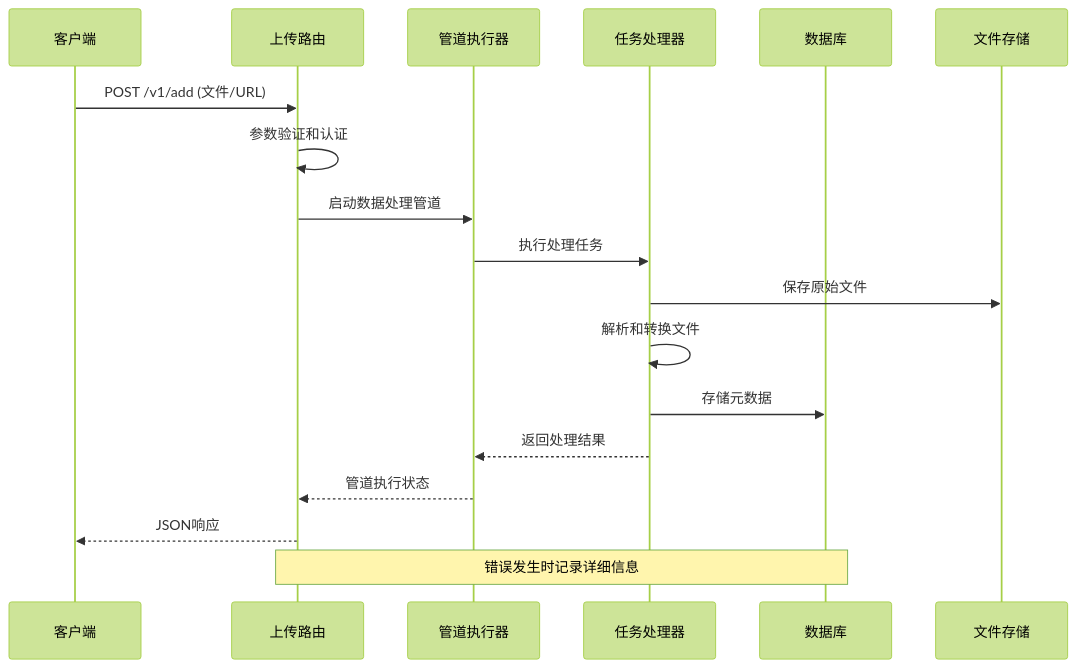
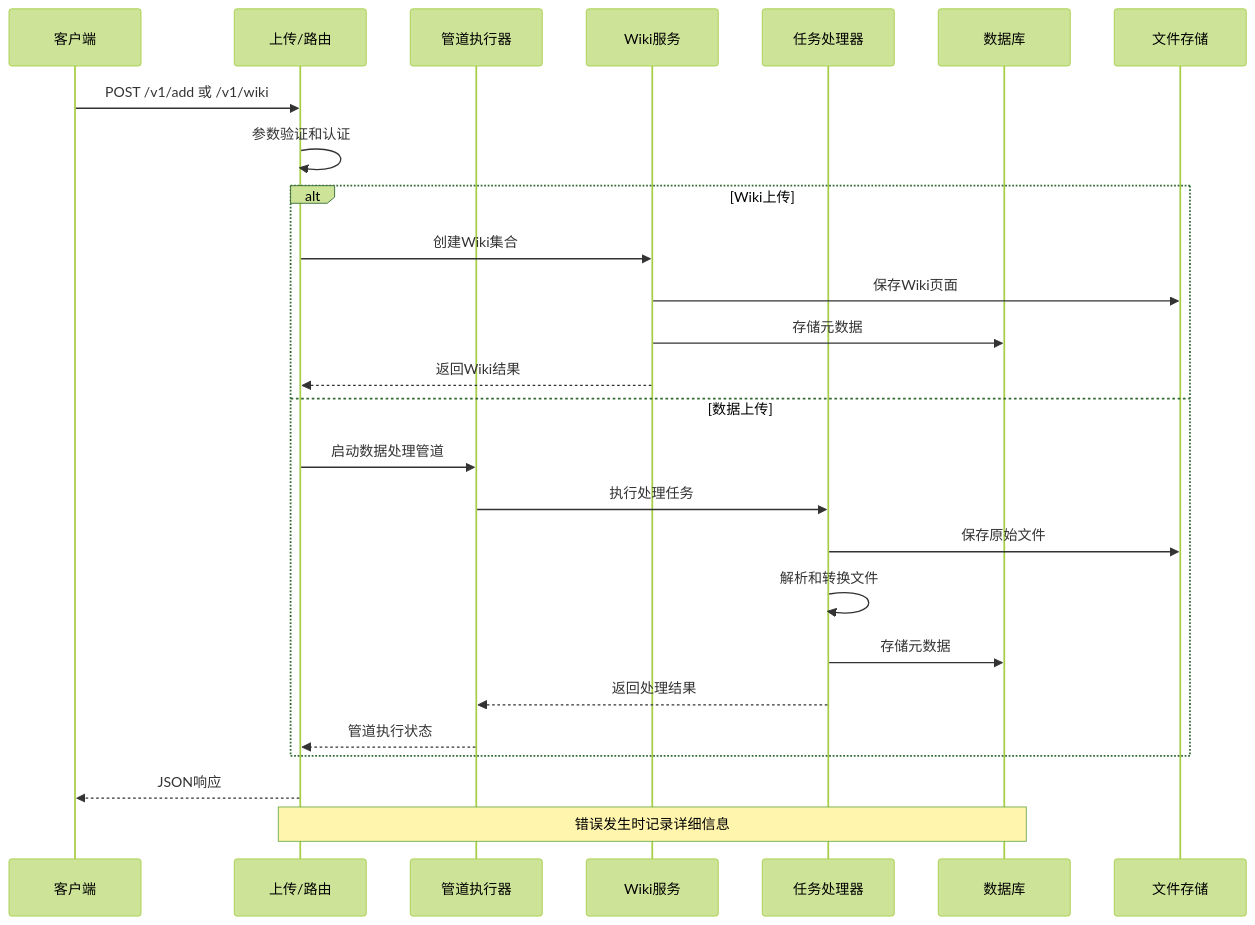
The second of 8 diagrams in .qoder/repowiki/zh/content/开发指南/上传故障排除指南.md (alvinwangzi/m_flow), drawn with Mermaid (forest theme) before and after one commit. The commit also changed other lines of this file and 2 other files, not shown here.

First line of the commit message:
docs(wiki): 更新Wiki摄取系统实现及上传故障排除指南

````diff
--- a/.qoder/repowiki/zh/content/开发指南/上传故障排除指南.md
+++ b/.qoder/repowiki/zh/content/开发指南/上传故障排除指南.md
@@ -101,20 +130,28 @@
 ```mermaid
 sequenceDiagram
 participant Client as 客户端
-participant Router as 上传路由
+participant Router as 上传/路由
 participant Pipeline as 管道执行器
+participant WikiService as Wiki服务
 participant Tasks as 任务处理器
 participant DB as 数据库
 participant Storage as 文件存储
-Client->>Router : POST /v1/add (文件/URL)
+Client->>Router : POST /v1/add 或 /v1/wiki
 Router->>Router : 参数验证和认证
+alt Wiki上传
+Router->>WikiService : 创建Wiki集合
+WikiService->>Storage : 保存Wiki页面
+WikiService->>DB : 存储元数据
+WikiService-->>Router : 返回Wiki结果
+else 数据上传
 Router->>Pipeline : 启动数据处理管道
 Pipeline->>Tasks : 执行处理任务
 Tasks->>Storage : 保存原始文件
 Tasks->>Tasks : 解析和转换文件
 Tasks->>DB : 存储元数据
 Tasks-->>Pipeline : 返回处理结果
 Pipeline-->>Router : 管道执行状态
+end
 Router-->>Client : JSON响应
 Note over Router,DB : 错误发生时记录详细信息
 ```
````
